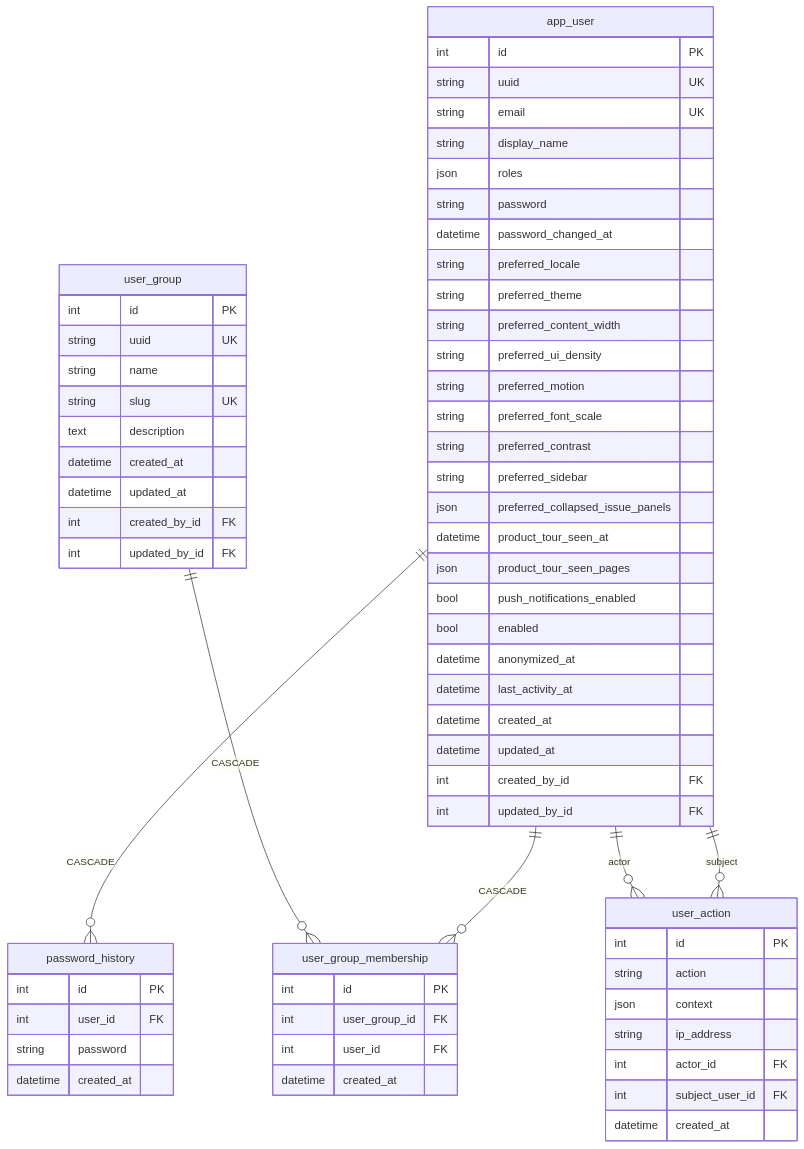
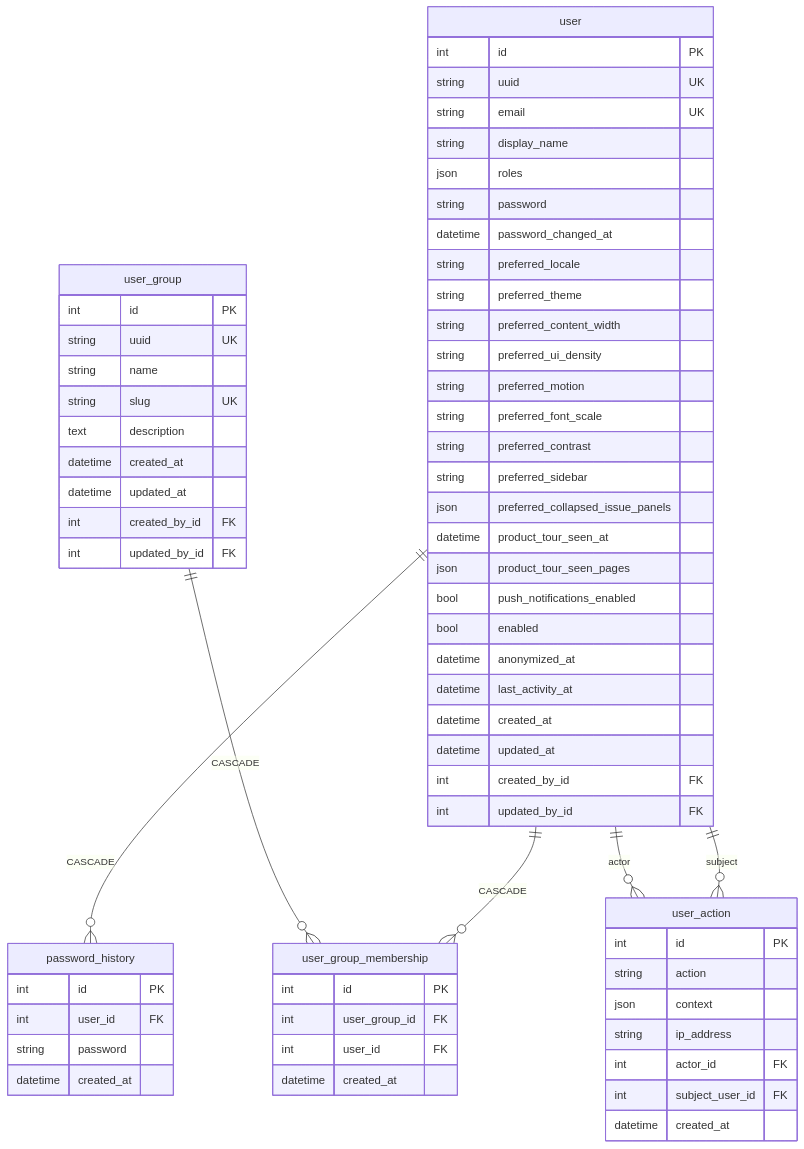
The second of 7 diagrams in docs/dev/DATABASE.md (nowo-tech/symfony-beacon), drawn with Mermaid before and after one commit. The commit also changed other lines of this file and 43 other files, not shown here.

````diff
--- a/docs/dev/DATABASE.md
+++ b/docs/dev/DATABASE.md
@@ -67,73 +67,73 @@
 ```mermaid
 erDiagram
-    app_user {
+    user {
         int id PK
         string uuid UK
         string email UK
         string display_name
         json roles
         string password
         datetime password_changed_at
         string preferred_locale
         string preferred_theme
         string preferred_content_width
         string preferred_ui_density
         string preferred_motion
         string preferred_font_scale
         string preferred_contrast
         string preferred_sidebar
         json preferred_collapsed_issue_panels
         datetime product_tour_seen_at
         json product_tour_seen_pages
         bool push_notifications_enabled
         bool enabled
         datetime anonymized_at
         datetime last_activity_at
         datetime created_at
         datetime updated_at
         int created_by_id FK
         int updated_by_id FK
     }
 
     password_history {
         int id PK
         int user_id FK
         string password
         datetime created_at
     }
 
     user_group {
         int id PK
         string uuid UK
         string name
         string slug UK
         text description
         datetime created_at
         datetime updated_at
         int created_by_id FK
         int updated_by_id FK
     }
 
     user_group_membership {
         int id PK
         int user_group_id FK
         int user_id FK
         datetime created_at
     }
 
     user_action {
         int id PK
         string action
         json context
         string ip_address
         int actor_id FK
         int subject_user_id FK
         datetime created_at
     }
 
-    app_user ||--o{ password_history : CASCADE
+    user ||--o{ password_history : CASCADE
     user_group ||--o{ user_group_membership : CASCADE
-    app_user ||--o{ user_group_membership : CASCADE
-    app_user ||--o{ user_action : actor
-    app_user ||--o{ user_action : subject
+    user ||--o{ user_group_membership : CASCADE
+    user ||--o{ user_action : actor
+    user ||--o{ user_action : subject
 ```
````
